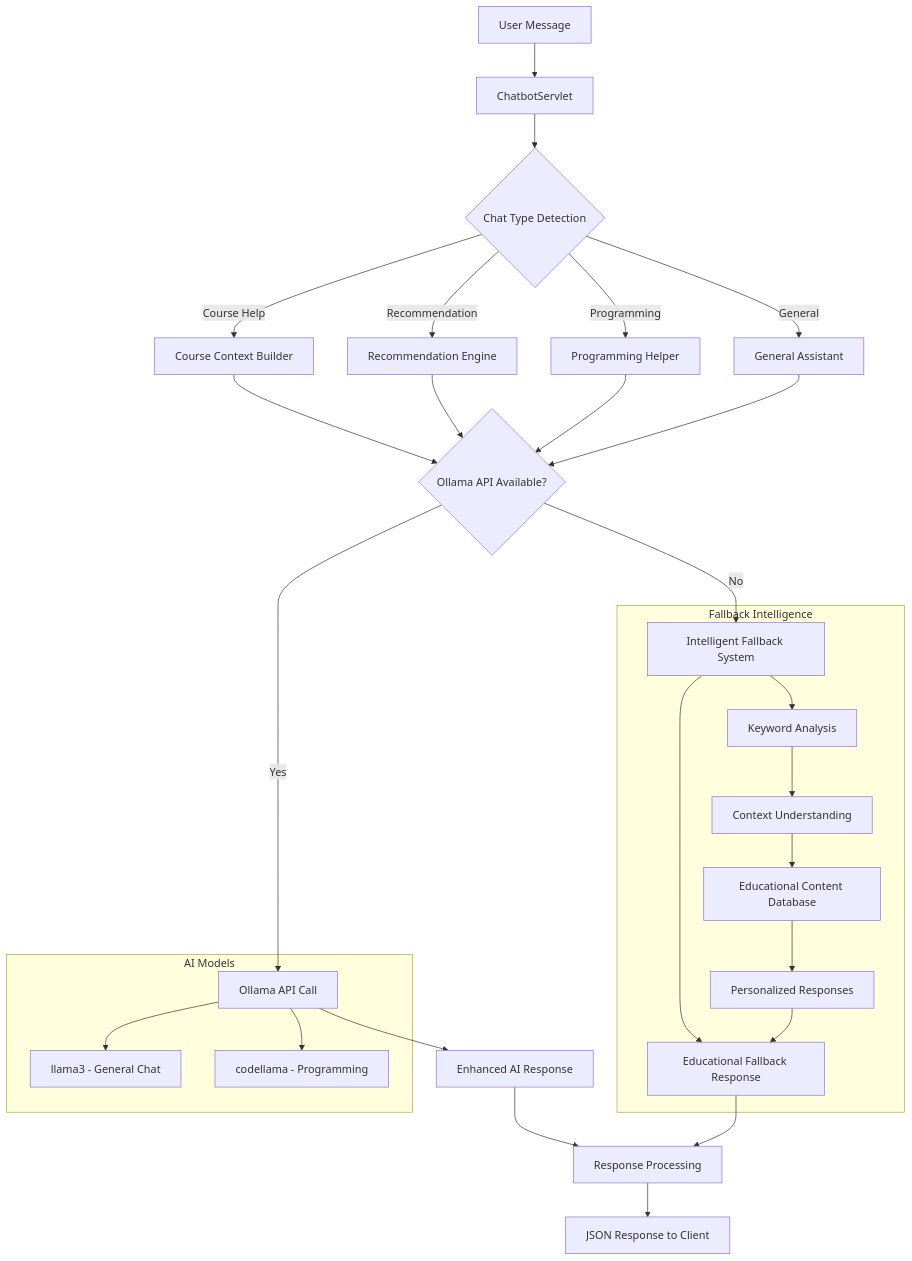
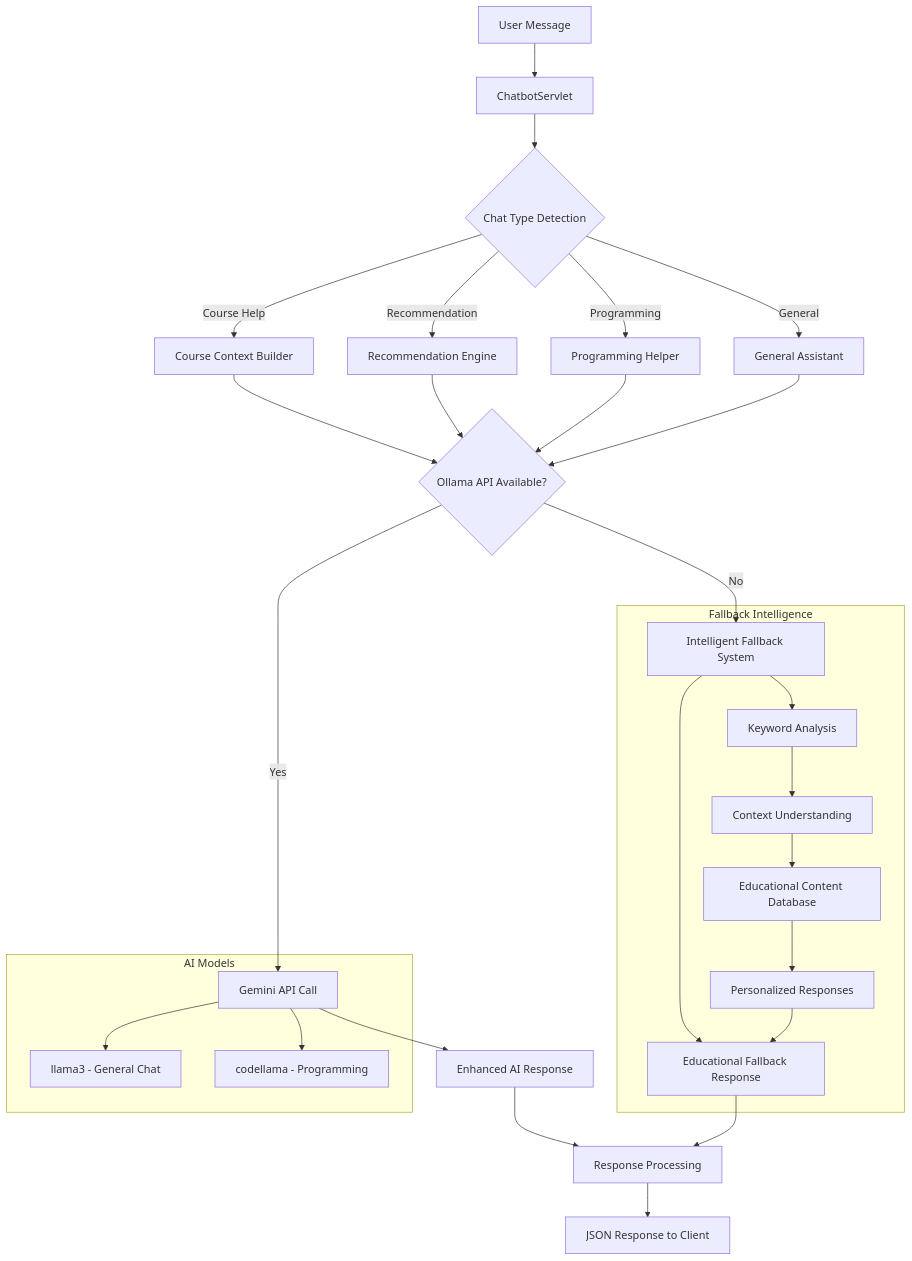
Before and after one commit to Eggprime1963/LearningWebsite: the second of 5 diagrams in README.md, drawn with Mermaid. The commit also changed other lines of this file, not shown here.

````diff
--- a/README.md
+++ b/README.md
@@ -262,46 +262,46 @@
 ```mermaid
 flowchart TD
     A[User Message] --> B[ChatbotServlet]
     B --> C{Chat Type Detection}
     
     C -->|Course Help| D[Course Context Builder]
     C -->|Recommendation| E[Recommendation Engine]
     C -->|Programming| F[Programming Helper]
     C -->|General| G[General Assistant]
     
     D --> H{Ollama API Available?}
     E --> H
     F --> H
     G --> H
     
-    H -->|Yes| I[Ollama API Call]
+    H -->|Yes| I[Gemini API Call]
     H -->|No| J[Intelligent Fallback System]
     
     I --> K[Enhanced AI Response]
     J --> L[Educational Fallback Response]
     
     K --> M[Response Processing]
     L --> M
     M --> N[JSON Response to Client]
     
     subgraph "Fallback Intelligence"
         O[Keyword Analysis]
         P[Context Understanding]
         Q[Educational Content Database]
         R[Personalized Responses]
         
         J --> O
         O --> P
         P --> Q
         Q --> R
         R --> L
     end
     
     subgraph "AI Models"
         S[llama3 - General Chat]
         T[codellama - Programming]
         
         I --> S
         I --> T
     end
 ```
````
